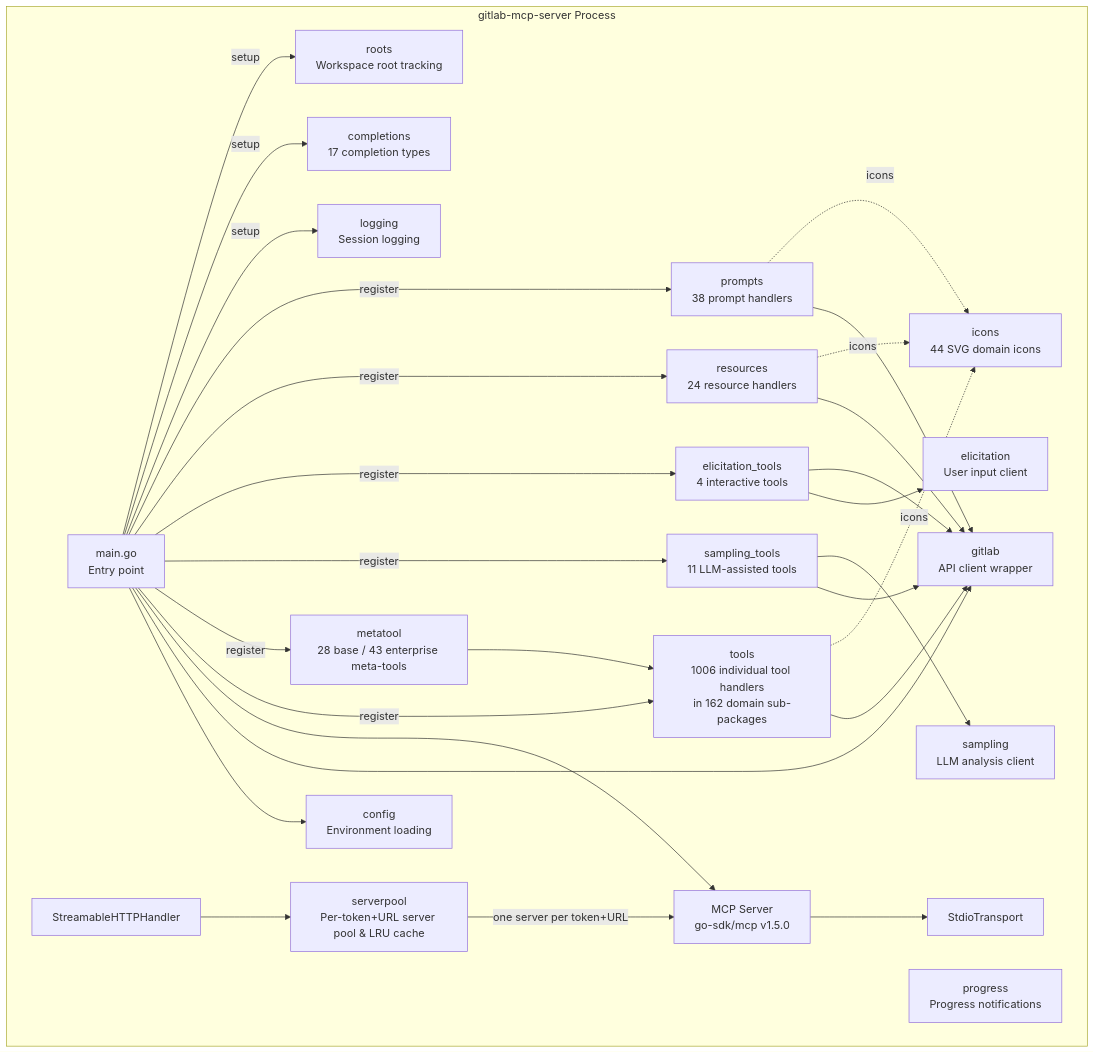
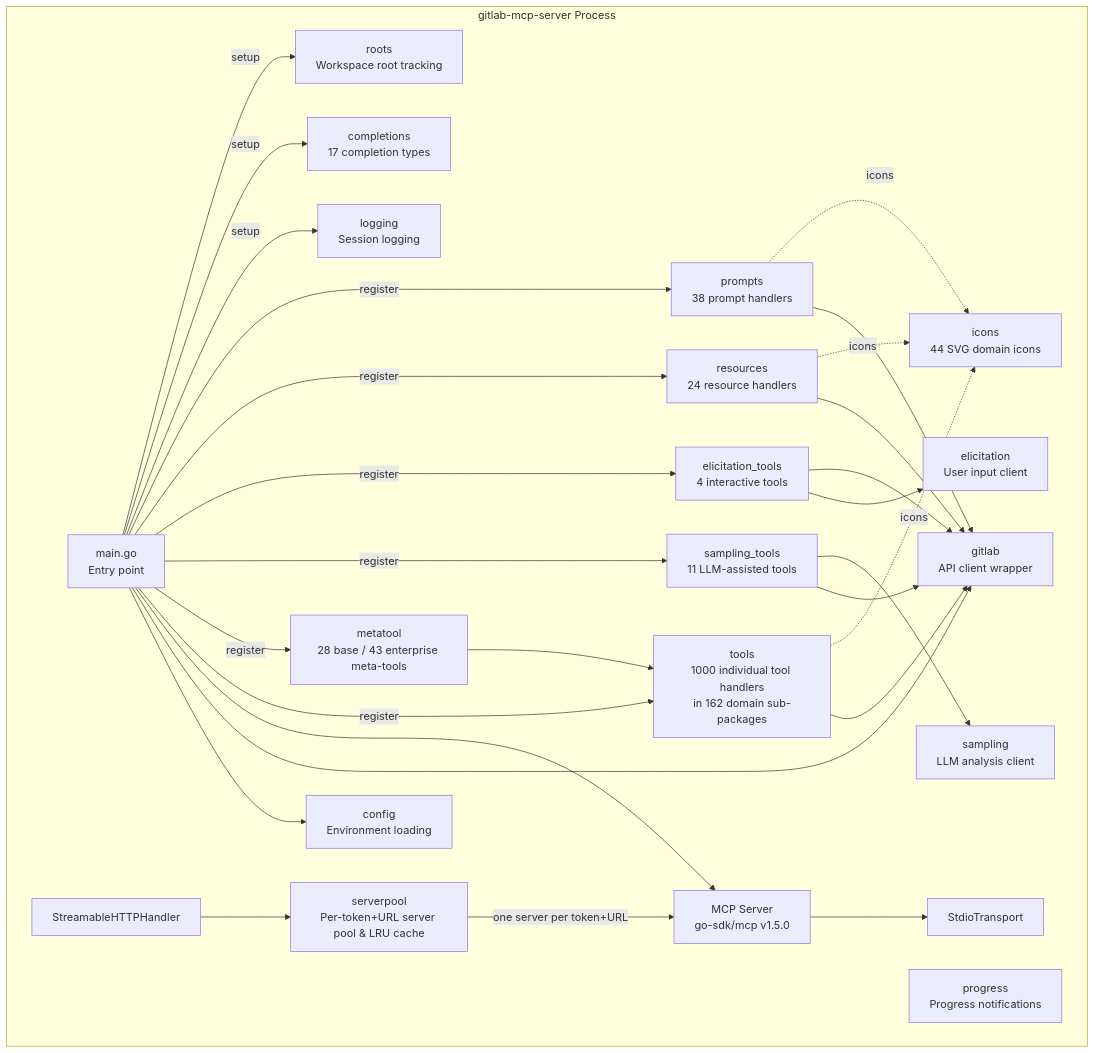
One commit to jmrplens/gitlab-mcp-server changed the third of 9 diagrams in docs/architecture.md. Above: the diagram before and after it, drawn with Mermaid. The commit also changed other lines of this file and 520 other files, not shown here.

````diff
--- a/docs/architecture.md
+++ b/docs/architecture.md
@@ -64,52 +64,52 @@
 ```mermaid
 graph TD
     subgraph "gitlab-mcp-server Process"
         MAIN[main.go<br/>Entry point]
         CFG[config<br/>Environment loading]
         GL[gitlab<br/>API client wrapper]
-        TOOLS[tools<br/>1006 individual tool handlers<br/>in 162 domain sub-packages]
+        TOOLS[tools<br/>1000 individual tool handlers<br/>in 162 domain sub-packages]
         META[metatool<br/>28 base / 43 enterprise meta-tools]
         SAMP[sampling_tools<br/>11 LLM-assisted tools]
         ELIC[elicitation_tools<br/>4 interactive tools]
         RES[resources<br/>24 resource handlers]
         PROMPTS[prompts<br/>38 prompt handlers]
         LOG[logging<br/>Session logging]
         COMP[completions<br/>17 completion types]
         ROOTS[roots<br/>Workspace root tracking]
         PROG[progress<br/>Progress notifications]
         SAMPLING[sampling<br/>LLM analysis client]
         ELICIT[elicitation<br/>User input client]
         ICN[icons<br/>44 SVG domain icons]
         SRV[MCP Server<br/>go-sdk/mcp v1.5.0]
         STDIO[StdioTransport]
         HTTP[StreamableHTTPHandler]
         POOL[serverpool<br/>Per-token+URL server pool & LRU cache]
     end
 
     MAIN --> CFG
     MAIN --> GL
     MAIN --> SRV
     SRV --> STDIO
     HTTP --> POOL
     POOL -->|one server per token+URL| SRV
     TOOLS --> GL
     META --> TOOLS
     SAMP --> GL
     SAMP --> SAMPLING
     ELIC --> ELICIT
     ELIC --> GL
     RES --> GL
     PROMPTS --> GL
     MAIN -->|register| TOOLS
     MAIN -->|register| META
     MAIN -->|register| SAMP
     MAIN -->|register| ELIC
     MAIN -->|register| RES
     MAIN -->|register| PROMPTS
     TOOLS -.->|icons| ICN
     RES -.->|icons| ICN
     PROMPTS -.->|icons| ICN
     MAIN -->|setup| LOG
     MAIN -->|setup| COMP
     MAIN -->|setup| ROOTS
 ```
````
